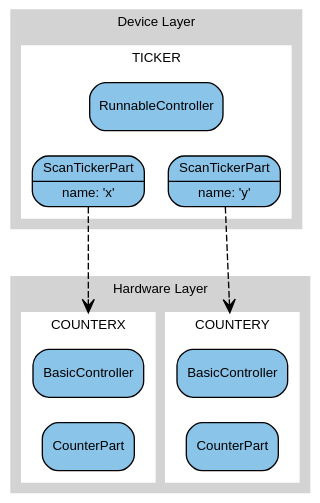
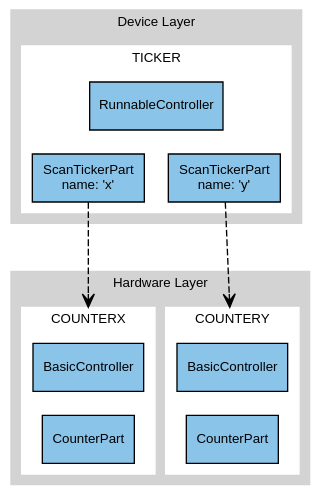
Before and after one commit to DiamondLightSource/pymalcolm: the first of 2 diagrams in docs/tutorials/generator.rst, drawn with Graphviz. The commit also changed other lines of this file and 4 other files, not shown here.

Commit message:
Fix the other graphviz Mrecord nodes

```diff
--- a/docs/tutorials/generator.rst
+++ b/docs/tutorials/generator.rst
@@ -55,49 +55,50 @@
 .. digraph:: ticker_child_connections
 
+    newrank=true;  // Sensible ranking of clusters
     bgcolor=transparent
     compound=true
-    node [fontname=Arial fontsize=10 shape=Mrecord style=filled fillcolor="#8BC4E9"]
+    node [fontname=Arial fontsize=10 shape=rect style=filled fillcolor="#8BC4E9"]
     graph [fontname=Arial fontsize=10]
     edge [fontname=Arial fontsize=10 arrowhead=vee]
 
     subgraph cluster_device {
         label="Device Layer"
 		style=filled
 		color=lightgrey
 
         subgraph cluster_ticker {
             label="TICKER"
             ranksep=0.1
 		    color=white
             ticker_c [label="RunnableController"]
-            x [label="{ScanTickerPart|name: 'x'}"]
-            y [label="{ScanTickerPart|name: 'y'}"]
+            x [label=<ScanTickerPart<BR/>name: 'x'>]
+            y [label=<ScanTickerPart<BR/>name: 'y'>]
             ticker_c -> x [style=invis]
             ticker_c -> y [style=invis]
         }
     }
 
     subgraph cluster_hardware {
         label="Hardware Layer"
 		style=filled
 		color=lightgrey
 
         subgraph cluster_counterx {
             label="COUNTERX"
             color=white
             counterx_c [label="BasicController"]
             counterx_p [label="CounterPart"]
             counterx_c -> counterx_p [style=invis]
         }
 
         subgraph cluster_countery {
             label="COUNTERY"
             color=white
             countery_c [label="BasicController"]
             countery_p [label="CounterPart"]
             countery_c -> countery_p [style=invis]
         }
     }
 
     x -> counterx_c [lhead=cluster_counterx minlen=3 style=dashed]
     y -> countery_c [lhead=cluster_countery minlen=3 style=dashed]
```
